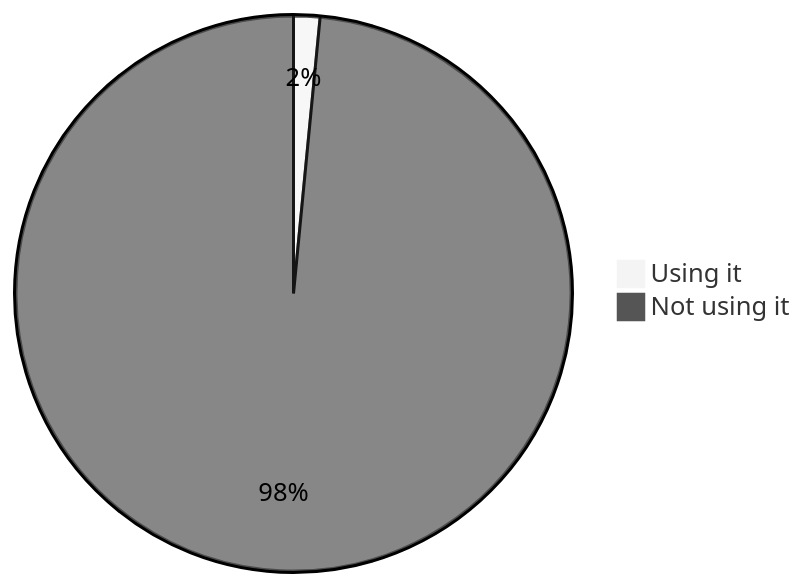
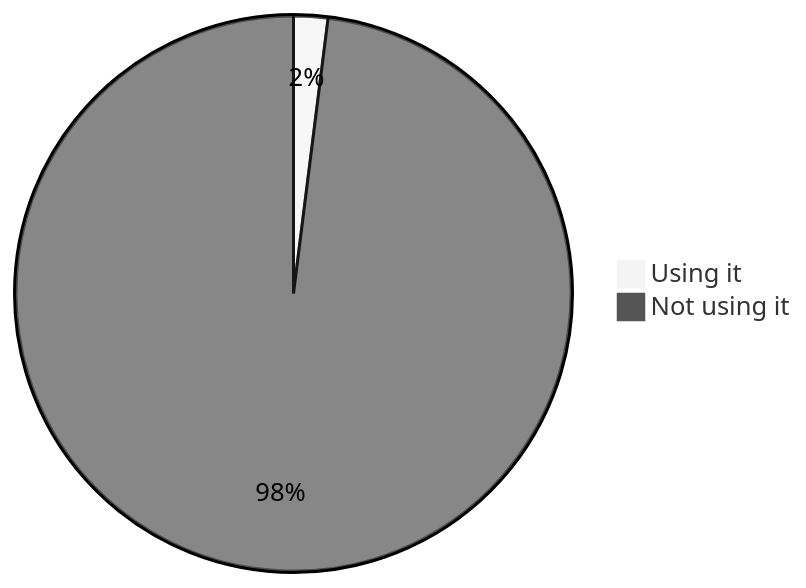
Before and after one commit to oshp/oshp-stats: the seventh of 22 diagrams in stats.md, drawn with Mermaid (neutral theme). The commit also changed other lines of this file, not shown here.

````diff
--- a/stats.md
+++ b/stats.md
@@ -70,6 +82,6 @@
 ```mermaid
 pie
-	"Using it" : 1.53
-	"Not using it" : 98.47
+	"Using it" : 1.99
+	"Not using it" : 98.01
 
 ```
````
